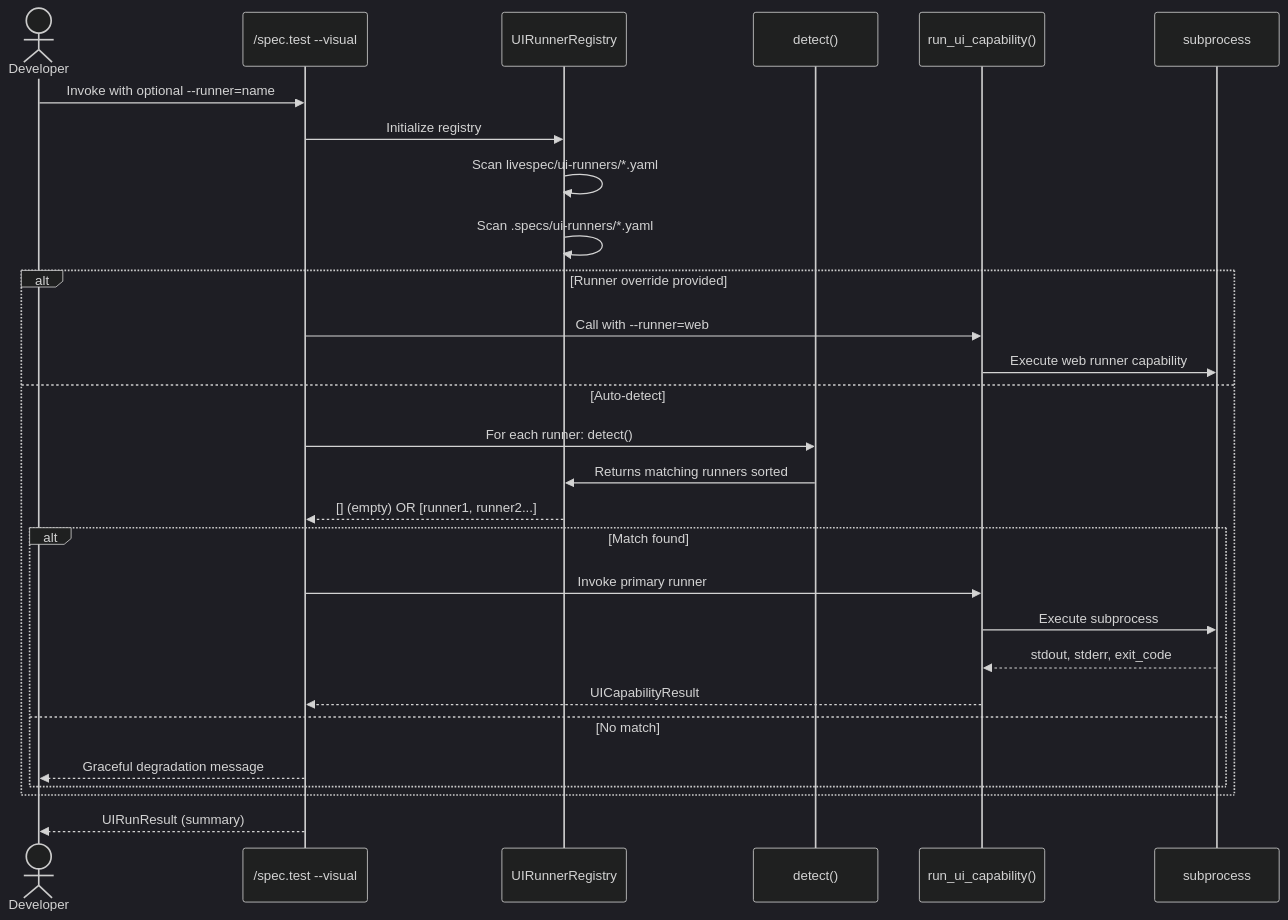
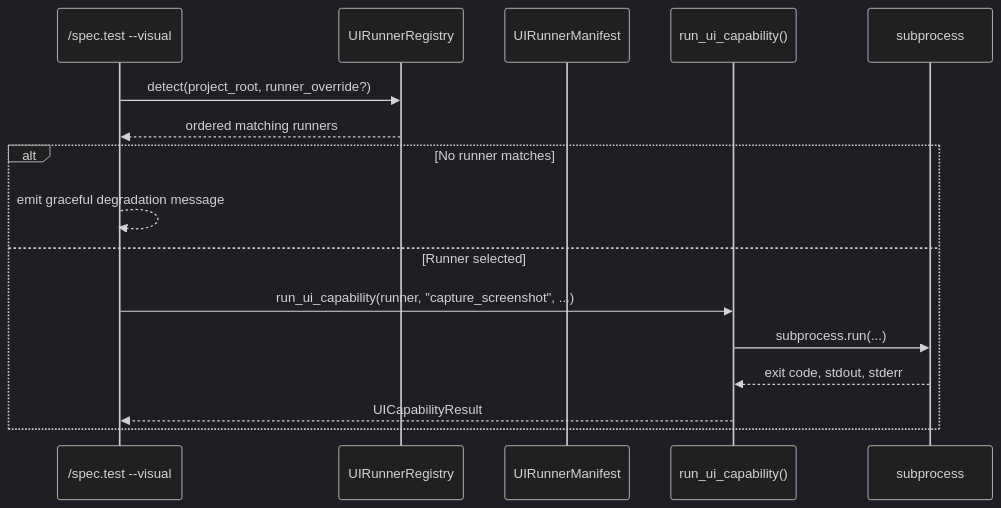
The diagram in .specs/features/027-ui-runner-architecture/plan.md (julien-m/livespec), drawn with Mermaid (dark theme) before and after one commit. The commit also changed other lines of this file and 4 other files, not shown here.

````diff
--- a/.specs/features/027-ui-runner-architecture/plan.md
+++ b/.specs/features/027-ui-runner-architecture/plan.md
@@ -84,34 +57,19 @@
 ```mermaid
 sequenceDiagram
-    actor Dev as Developer
-    participant cmd as /spec.test --visual
-    participant reg as UIRunnerRegistry
-    participant detect as detect()
-    participant cap as run_ui_capability()
-    participant sub as subprocess
+    participant CLI as /spec.test --visual
+    participant Registry as UIRunnerRegistry
+    participant Runner as UIRunnerManifest
+    participant Exec as run_ui_capability()
+    participant Proc as subprocess
 
-    Dev->>cmd: Invoke with optional --runner=name
-    cmd->>reg: Initialize registry
-    reg->>reg: Scan livespec/ui-runners/*.yaml
-    reg->>reg: Scan .specs/ui-runners/*.yaml
-    
-    alt Runner override provided
-        cmd->>cap: Call with --runner=web
-        cap->>sub: Execute web runner capability
-    else Auto-detect
-        cmd->>detect: For each runner: detect()
-        detect->>reg: Returns matching runners sorted
-        reg-->>cmd: [] (empty) OR [runner1, runner2...]
-        
-        alt Match found
-            cmd->>cap: Invoke primary runner
-            cap->>sub: Execute subprocess
-            sub-->>cap: stdout, stderr, exit_code
-            cap-->>cmd: UICapabilityResult
-        else No match
-            cmd-->>Dev: Graceful degradation message
-        end
+    CLI->>Registry: detect(project_root, runner_override?)
+    Registry-->>CLI: ordered matching runners
+    alt No runner matches
+        CLI-->>CLI: emit graceful degradation message
+    else Runner selected
+        CLI->>Exec: run_ui_capability(runner, "capture_screenshot", ...)
+        Exec->>Proc: subprocess.run(...)
+        Proc-->>Exec: exit code, stdout, stderr
+        Exec-->>CLI: UICapabilityResult
     end
-    
-    cmd-->>Dev: UIRunResult (summary)
 ```
````
